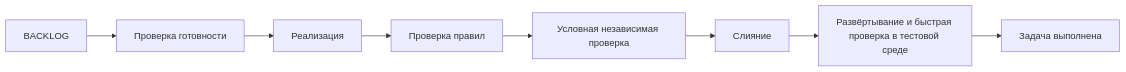
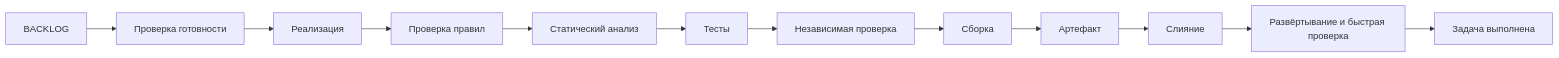
Before and after one commit to TheCipherKeeper/ai-project-template: the diagram in docs/START.md, drawn with Mermaid. The commit also changed other lines of this file and 28 other files, not shown here.

````diff
--- a/docs/START.md
+++ b/docs/START.md
@@ -36,10 +40,14 @@
 ```mermaid
 flowchart LR
     backlog[BACKLOG] --> ready[Проверка готовности]
     ready --> implementation[Реализация]
-    implementation --> gate[Проверка правил]
-    gate --> review[Условная независимая проверка]
-    review --> merge[Слияние]
-    merge --> test[Развёртывание и быстрая проверка в тестовой среде]
-    test --> done[Задача выполнена]
+    implementation --> policy[Проверка правил]
+    policy --> lint[Статический анализ]
+    lint --> tests[Тесты]
+    tests --> review[Независимая проверка]
+    review --> build[Сборка]
+    build --> artifact[Артефакт]
+    artifact --> merge[Слияние]
+    merge --> deploy[Развёртывание и быстрая проверка]
+    deploy --> done[Задача выполнена]
 ```
````
